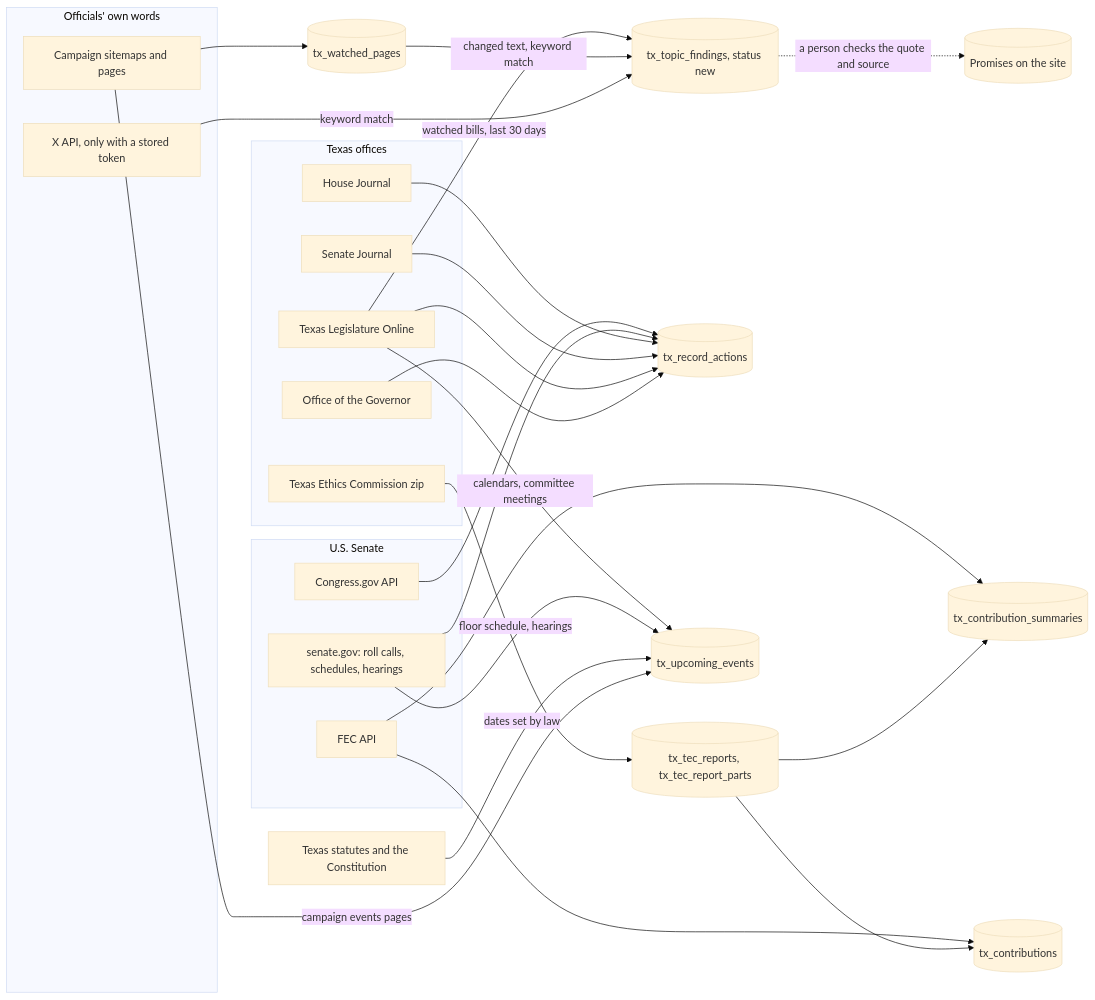
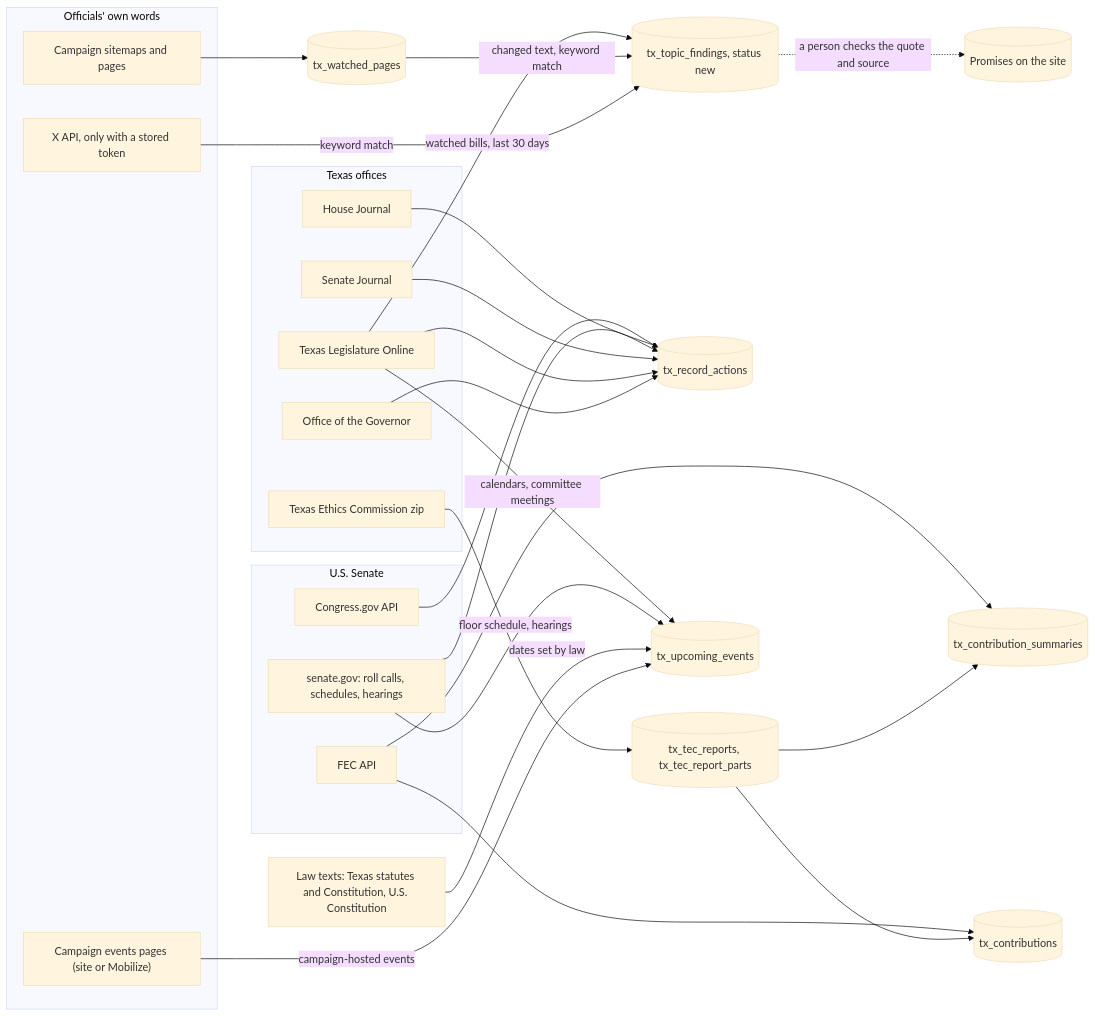
One commit to stozo04/tx-promise-tracker changed the first of 2 diagrams in SYNC.md. Above: the diagram before and after it, drawn with Mermaid (base theme). The commit also changed other lines of this file and 2 other files, not shown here.

````diff
--- a/SYNC.md
+++ b/SYNC.md
@@ -180,40 +208,42 @@
 ```mermaid
 flowchart LR
   subgraph Federal["U.S. Senate"]
     FEC["FEC API"]
     CONG["Congress.gov API"]
     SEN["senate.gov: roll calls, schedules, hearings"]
   end
   subgraph Texas["Texas offices"]
     HJ["House Journal"]
     SJ["Senate Journal"]
     TLO["Texas Legislature Online"]
     GOV["Office of the Governor"]
     TEC["Texas Ethics Commission zip"]
   end
   subgraph Campaign["Officials' own words"]
     SITE["Campaign sitemaps and pages"]
+    EVP["Campaign events pages (site or Mobilize)"]
     X["X API, only with a stored token"]
   end
+  LAW["Law texts: Texas statutes and Constitution, U.S. Constitution"]
 
   FEC --> SUM[("tx_contribution_summaries")]
   FEC --> GIFTS[("tx_contributions")]
   TEC --> TECR[("tx_tec_reports, tx_tec_report_parts")]
   TECR --> SUM
   TECR --> GIFTS
   CONG --> ACT[("tx_record_actions")]
   SEN --> ACT
   HJ --> ACT
   SJ --> ACT
   TLO --> ACT
   GOV --> ACT
   TLO -- "watched bills, last 30 days" --> FIND[("tx_topic_findings, status new")]
   TLO -- "calendars, committee meetings" --> EV[("tx_upcoming_events")]
   SEN -- "floor schedule, hearings" --> EV
-  LAW["Texas statutes and the Constitution"] -- "dates set by law" --> EV
-  SITE -- "campaign events pages" --> EV
+  LAW -- "dates set by law" --> EV
+  EVP -- "campaign-hosted events" --> EV
   SITE --> PAGES[("tx_watched_pages")]
   PAGES -- "changed text, keyword match" --> FIND
   X -- "keyword match" --> FIND
   FIND -. "a person checks the quote and source" .-> PROM[("Promises on the site")]
 ```
````
